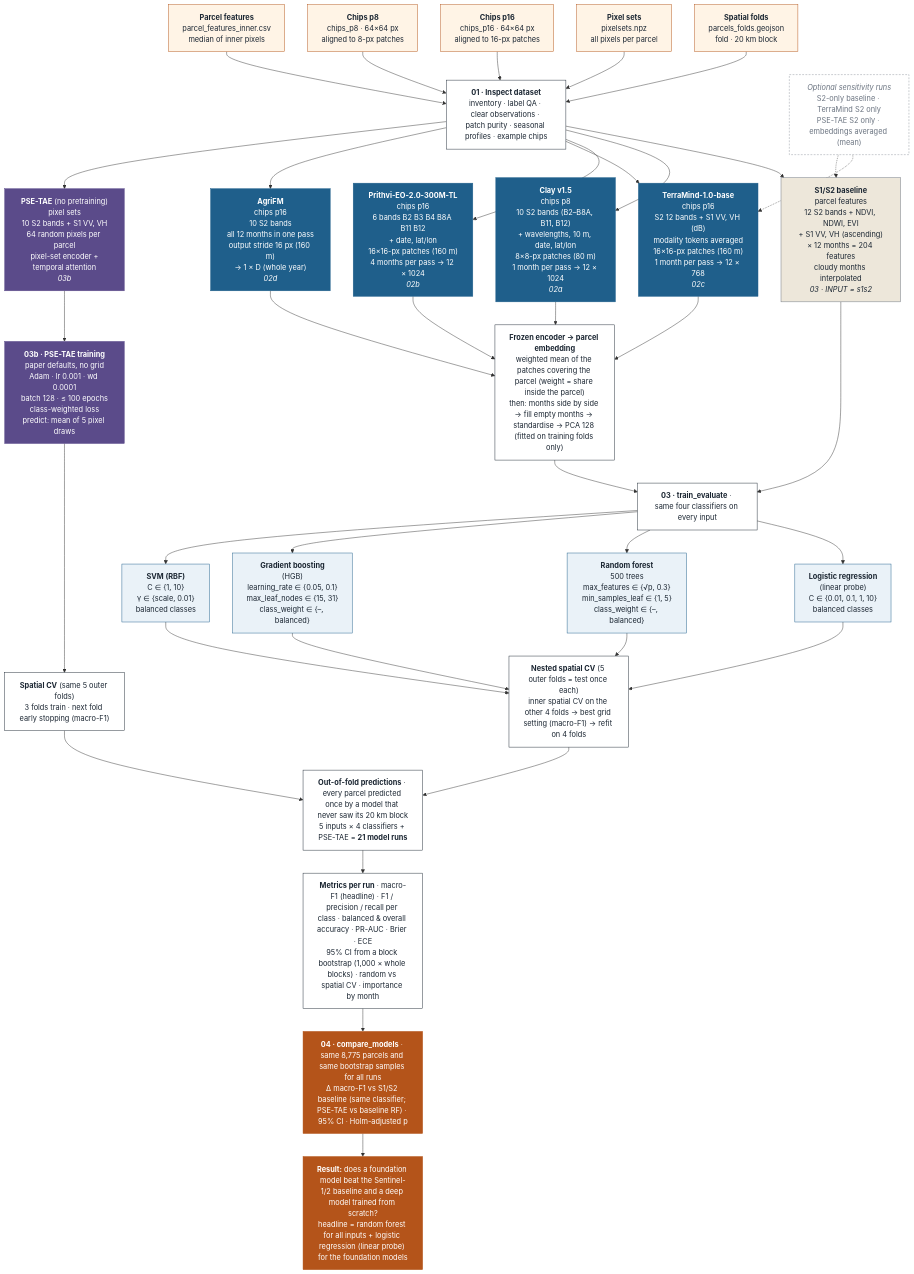
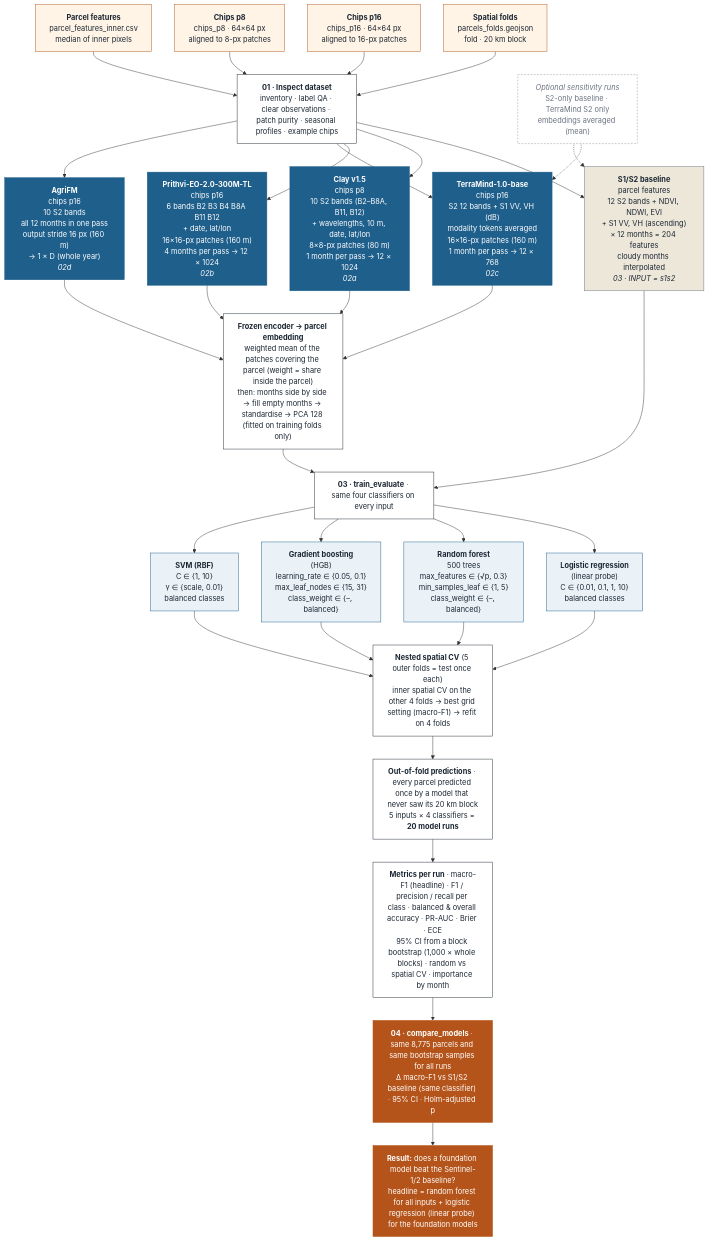
Before and after one commit to amanchry/irrimapping-geofm: the first of 8 diagrams in models_run/README.md, drawn with Mermaid. The commit also changed other lines of this file and 4 other files, not shown here.

Commit message:
updated model training readme

````diff
--- a/models_run/README.md
+++ b/models_run/README.md
@@ -27,72 +27,65 @@
 ```mermaid
 flowchart TD
     %% ---------- Part 1 outputs (8,781 parcels · 12 months Sep–Aug · 5 spatial folds)
     FO["<b>Spatial folds</b><br/>parcels_folds.geojson<br/>fold · 20 km block"]
-    PS["<b>Pixel sets</b><br/>pixelsets.npz<br/>all pixels per parcel"]
     C16["<b>Chips p16</b><br/>chips_p16 · 64×64 px<br/>aligned to 16-px patches"]
     C8["<b>Chips p8</b><br/>chips_p8 · 64×64 px<br/>aligned to 8-px patches"]
     FA["<b>Parcel features</b><br/>parcel_features_inner.csv<br/>median of inner pixels"]
 
     FA --> QA["<b>01 · Inspect dataset</b><br/>inventory · label QA · clear observations · patch purity · seasonal profiles · example chips"]
     C8 --> QA
     C16 --> QA
-    PS --> QA
     FO --> QA
 
     %% ---------- the six inputs
-    QA --> B5["<b>PSE-TAE</b> (no pretraining)<br/>pixel sets<br/>10 S2 bands + S1 VV, VH<br/>64 random pixels per parcel<br/>pixel-set encoder +<br/>temporal attention<br/><i>03b</i>"]
     QA --> B4["<b>AgriFM</b><br/>chips p16<br/>10 S2 bands<br/>all 12 months in one pass<br/>output stride 16 px (160 m)<br/>→ 1 × D (whole year)<br/><i>02d</i>"]
     QA --> B3["<b>TerraMind-1.0-base</b><br/>chips p16<br/>S2 12 bands + S1 VV, VH (dB)<br/>modality tokens averaged<br/>16×16-px patches (160 m)<br/>1 month per pass → 12 × 768<br/><i>02c</i>"]
     QA --> B2["<b>Prithvi-EO-2.0-300M-TL</b><br/>chips p16<br/>6 bands B2 B3 B4 B8A B11 B12<br/>+ date, lat/lon<br/>16×16-px patches (160 m)<br/>4 months per pass → 12 × 1024<br/><i>02b</i>"]
     QA --> B1["<b>Clay v1.5</b><br/>chips p8<br/>10 S2 bands (B2–B8A, B11, B12)<br/>+ wavelengths, 10 m, date, lat/lon<br/>8×8-px patches (80 m)<br/>1 month per pass → 12 × 1024<br/><i>02a</i>"]
     QA --> B0["<b>S1/S2 baseline</b><br/>parcel features<br/>12 S2 bands + NDVI, NDWI, EVI<br/>+ S1 VV, VH (ascending)<br/>× 12 months = 204 features<br/>cloudy months interpolated<br/><i>03 · INPUT = s1s2</i>"]
 
     %% ---------- embeddings -> features
     B1 --> POOL["<b>Frozen encoder → parcel embedding</b><br/>weighted mean of the patches covering the parcel (weight = share inside the parcel)<br/>then: months side by side → fill empty months → standardise → PCA 128 (fitted on training folds only)"]
     B2 --> POOL
     B3 --> POOL
     B4 --> POOL
 
     %% ---------- classifiers (03)
     B0 --> HUB["<b>03 · train_evaluate</b> · same four classifiers on every input"]
     POOL --> HUB
     HUB --> K4["<b>SVM (RBF)</b><br/>C ∈ {1, 10}<br/>γ ∈ {scale, 0.01}<br/>balanced classes"]
     HUB --> K3["<b>Gradient boosting</b><br/>(HGB)<br/>learning_rate ∈ {0.05, 0.1}<br/>max_leaf_nodes ∈ {15, 31}<br/>class_weight ∈ {–, balanced}"]
     HUB --> K2["<b>Random forest</b><br/>500 trees<br/>max_features ∈ {√p, 0.3}<br/>min_samples_leaf ∈ {1, 5}<br/>class_weight ∈ {–, balanced}"]
     HUB --> K1["<b>Logistic regression</b><br/>(linear probe)<br/>C ∈ {0.01, 0.1, 1, 10}<br/>balanced classes"]
-    B5 --> DL["<b>03b · PSE-TAE training</b><br/>paper defaults, no grid<br/>Adam · lr 0.001 · wd 0.0001<br/>batch 128 · ≤ 100 epochs<br/>class-weighted loss<br/>predict: mean of 5 pixel draws"]
 
     %% ---------- validation
     K1 --> CV1["<b>Nested spatial CV</b> (5 outer folds = test once each)<br/>inner spatial CV on the other 4 folds → best grid setting (macro-F1) → refit on 4 folds"]
     K2 --> CV1
     K3 --> CV1
     K4 --> CV1
-    DL ----> CV2["<b>Spatial CV</b> (same 5 outer folds)<br/>3 folds train · next fold early stopping (macro-F1)"]
 
-    CV1 & CV2 --> OOF["<b>Out-of-fold predictions</b> · every parcel predicted once by a model that never saw its 20 km block<br/>5 inputs × 4 classifiers + PSE-TAE = <b>21 model runs</b>"]
+    CV1 --> OOF["<b>Out-of-fold predictions</b> · every parcel predicted once by a model that never saw its 20 km block<br/>5 inputs × 4 classifiers = <b>20 model runs</b>"]
     OOF --> M["<b>Metrics per run</b> · macro-F1 (headline) · F1 / precision / recall per class · balanced & overall accuracy · PR-AUC · Brier · ECE<br/>95% CI from a block bootstrap (1,000 × whole blocks) · random vs spatial CV · importance by month"]
-    M --> CMP["<b>04 · compare_models</b> · same 8,775 parcels and same bootstrap samples for all runs<br/>Δ macro-F1 vs S1/S2 baseline (same classifier; PSE-TAE vs baseline RF) · 95% CI · Holm-adjusted p"]
-    CMP --> ANS["<b>Result:</b> does a foundation model beat the Sentinel-1/2 baseline and a deep model trained from scratch?<br/>headline = random forest for all inputs + logistic regression (linear probe) for the foundation models"]
+    M --> CMP["<b>04 · compare_models</b> · same 8,775 parcels and same bootstrap samples for all runs<br/>Δ macro-F1 vs S1/S2 baseline (same classifier) · 95% CI · Holm-adjusted p"]
+    CMP --> ANS["<b>Result:</b> does a foundation model beat the Sentinel-1/2 baseline?<br/>headline = random forest for all inputs + logistic regression (linear probe) for the foundation models"]
 
     %% ---------- optional sensitivity runs
-    SENS["<i>Optional sensitivity runs</i><br/>S2-only baseline · TerraMind S2 only<br/>PSE-TAE S2 only · embeddings averaged (mean)"]
+    SENS["<i>Optional sensitivity runs</i><br/>S2-only baseline · TerraMind S2 only<br/>embeddings averaged (mean)"]
     SENS -.-> B0
     SENS -.-> B3
 
     classDef data fill:#FFF4E6,stroke:#B4541A,color:#1C2733
     classDef base fill:#EDE7DA,stroke:#6B7480,color:#1C2733
     classDef fm fill:#1F5F8B,color:#fff,stroke:#1F5F8B
-    classDef dl fill:#5B4B8A,color:#fff,stroke:#5B4B8A
     classDef step fill:#FFFFFF,stroke:#1C2733,color:#1C2733
     classDef clf fill:#EAF2F8,stroke:#1F5F8B,color:#1C2733
     classDef out fill:#B4541A,color:#fff,stroke:#B4541A
     classDef opt fill:#FFFFFF,stroke:#8A919A,color:#6B7480,stroke-dasharray:4 3
     class FA,C8,C16,PS,FO data
     class B0 base
     class B1,B2,B3,B4 fm
-    class B5,DL dl
-    class QA,POOL,HUB,CV1,CV2,OOF,M step
+    class QA,POOL,HUB,CV1,OOF,M step
     class K1,K2,K3,K4 clf
     class CMP,ANS out
     class SENS opt
 ```
````
